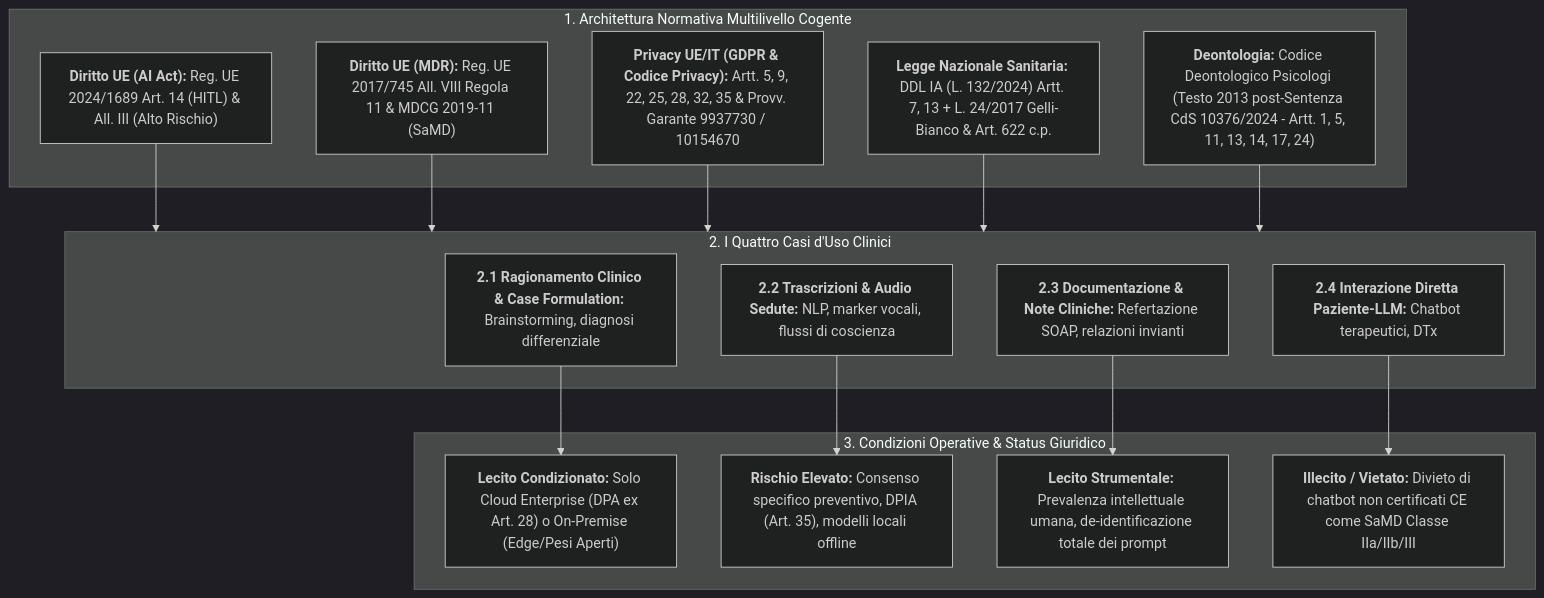
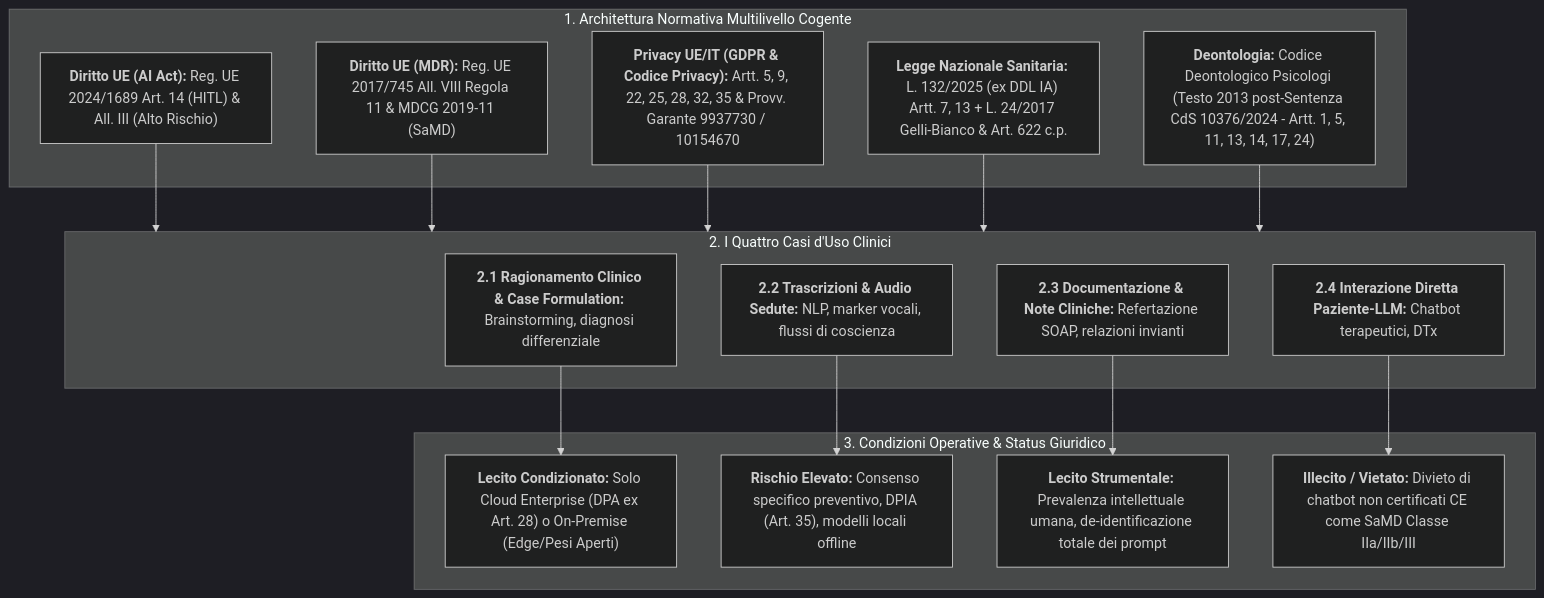
Before and after one commit to andreaferrari7-star/andreaferrari.github.io: the first of 4 diagrams in content/normativa-llm-psicologia-in-italia.md, drawn with Mermaid (dark theme). The commit also changed other lines of this file and 28 other files, not shown here.

````diff
--- a/content/normativa-llm-psicologia-in-italia.md
+++ b/content/normativa-llm-psicologia-in-italia.md
@@ -13,30 +13,30 @@
 ```mermaid
 flowchart TD
     subgraph NormativeStack ["1. Architettura Normativa Multilivello Cogente"]
         UE1["<b>Diritto UE (AI Act):</b> Reg. UE 2024/1689 Art. 14 (HITL) & All. III (Alto Rischio)"]
         UE2["<b>Diritto UE (MDR):</b> Reg. UE 2017/745 All. VIII Regola 11 & MDCG 2019-11 (SaMD)"]
         PRV["<b>Privacy UE/IT (GDPR & Codice Privacy):</b> Artt. 5, 9, 22, 25, 28, 32, 35 & Provv. Garante 9937730 / 10154670"]
-        LEG["<b>Legge Nazionale Sanitaria:</b> DDL IA (L. 132/2024) Artt. 7, 13 + L. 24/2017 Gelli-Bianco & Art. 622 c.p."]
+        LEG["<b>Legge Nazionale Sanitaria:</b> L. 132/2025 (ex DDL IA) Artt. 7, 13 + L. 24/2017 Gelli-Bianco & Art. 622 c.p."]
         DEO["<b>Deontologia:</b> Codice Deontologico Psicologi (Testo 2013 post-Sentenza CdS 10376/2024 - Artt. 1, 5, 11, 13, 14, 17, 24)"]
     end
 
     subgraph UseCases ["2. I Quattro Casi d'Uso Clinici"]
         UC1["<b>2.1 Ragionamento Clinico & Case Formulation:</b> Brainstorming, diagnosi differenziale"]
         UC2["<b>2.2 Trascrizioni & Audio Sedute:</b> NLP, marker vocali, flussi di coscienza"]
         UC3["<b>2.3 Documentazione & Note Cliniche:</b> Refertazione SOAP, relazioni invianti"]
         UC4["<b>2.4 Interazione Diretta Paziente-LLM:</b> Chatbot terapeutici, DTx"]
     end
 
     subgraph OperationalOutcomes ["3. Condizioni Operative & Status Giuridico"]
         S1["<b>Lecito Condizionato:</b> Solo Cloud Enterprise (DPA ex Art. 28) o On-Premise (Edge/Pesi Aperti)"]
         S2["<b>Rischio Elevato:</b> Consenso specifico preventivo, DPIA (Art. 35), modelli locali offline"]
         S3["<b>Lecito Strumentale:</b> Prevalenza intellettuale umana, de-identificazione totale dei prompt"]
         S4["<b>Illecito / Vietato:</b> Divieto di chatbot non certificati CE come SaMD Classe IIa/IIb/III"]
     end
 
     UE1 & UE2 & PRV & LEG & DEO --> UseCases
     UC1 --> S1
     UC2 --> S2
     UC3 --> S3
     UC4 --> S4
 ```
````
